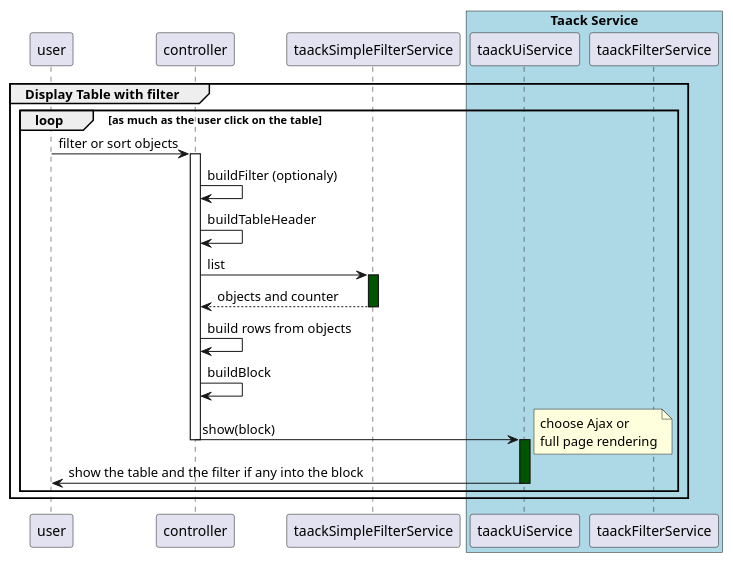
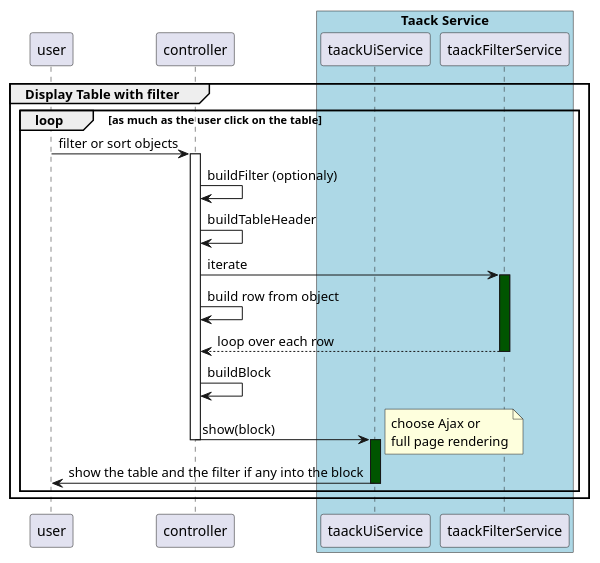
The second of 3 diagrams in asciidoc/doc/UserGuide/UseCases-fr.adoc (Taack/taack-website-content), drawn with PlantUML before and after one commit. The commit also changed 5 other files, not shown here.

Commit message:
replace TaackSimpleFilter and list by taackFilter and iterate

```diff
--- a/asciidoc/doc/UserGuide/UseCases-fr.adoc
+++ b/asciidoc/doc/UserGuide/UseCases-fr.adoc
@@ -118,33 +118,33 @@
 [plantuml,format="svg",opts={optsi}]
 ----
 @startuml
 group Display Table with filter
     loop as much as the user click on the table
         user -> controller : filter or sort objects
         activate controller
         controller -> controller : buildFilter (optionaly)
         controller -> controller : buildTableHeader
-        controller -> taackSimpleFilterService : list
-        activate taackSimpleFilterService #005500
-        return objects and counter
-        controller -> controller : build rows from objects
+        controller -> taackFilterService : iterate
+        activate taackFilterService #005500
+        controller -> controller : build row from object
+        return loop over each row
         controller -> controller : buildBlock
         controller -> taackUiService : show(block)
         deactivate controller
         activate taackUiService #005500
         note right
             choose Ajax or
             full page rendering
         end note
         taackUiService -> user : show the table and the filter if any into the block
         deactivate taackUiService
     end
 end
 
 box "Taack Service" #LightBlue
     participant taackUiService
     participant taackFilterService
 end box
 
 @enduml
 ----
```
